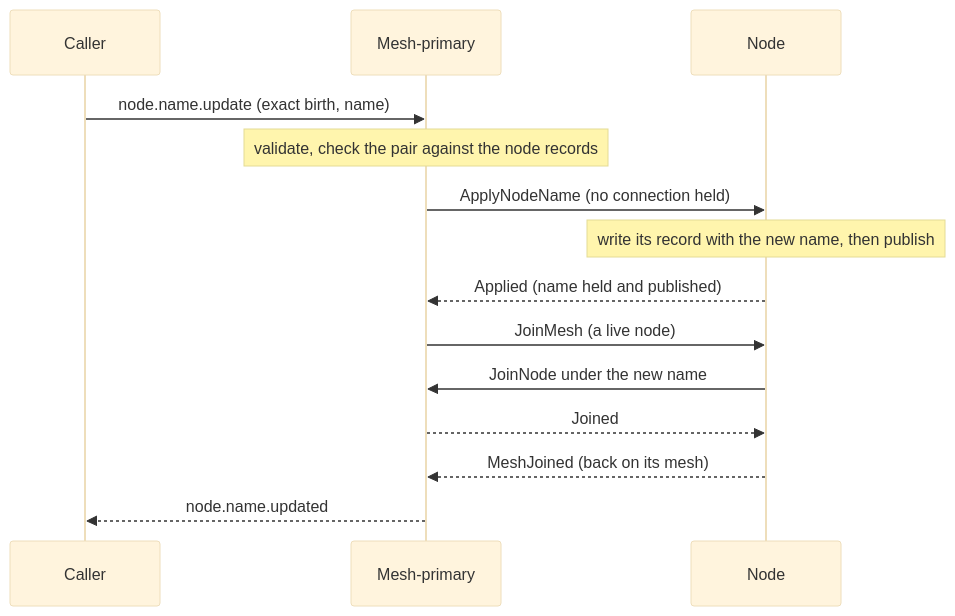
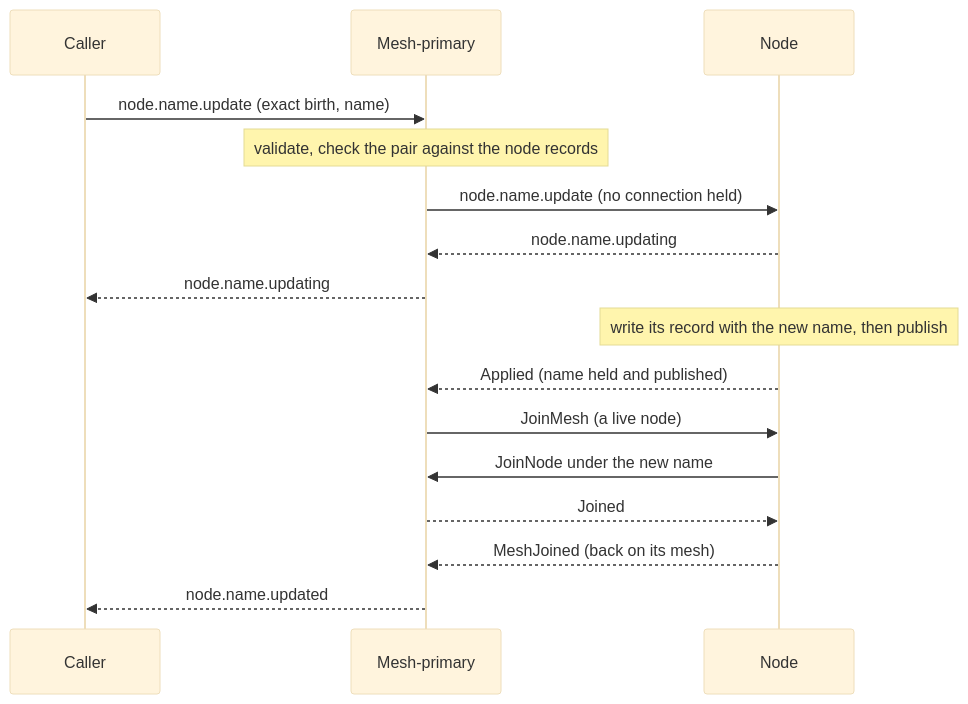
One commit to drlukeangel/rust-distributed-mesh changed the diagram in docs/architecture/lifecycles/node-name-update.md. Above: the diagram before and after it, drawn with Mermaid (base theme). The commit also changed other lines of this file and 61 other files, not shown here.

````diff
--- a/docs/architecture/lifecycles/node-name-update.md
+++ b/docs/architecture/lifecycles/node-name-update.md
@@ -66,16 +66,18 @@
 ```mermaid
 sequenceDiagram
     participant C as Caller
     participant M as Mesh-primary
     participant N as Node
     C->>M: node.name.update (exact birth, name)
     Note over M: validate, check the pair against the node records
-    M->>N: ApplyNodeName (no connection held)
+    M->>N: node.name.update (no connection held)
+    N-->>M: node.name.updating
+    M-->>C: node.name.updating
     Note over N: write its record with the new name, then publish
     N-->>M: Applied (name held and published)
     M->>N: JoinMesh (a live node)
     N->>M: JoinNode under the new name
     M-->>N: Joined
     N-->>M: MeshJoined (back on its mesh)
     M-->>C: node.name.updated
 ```
````
